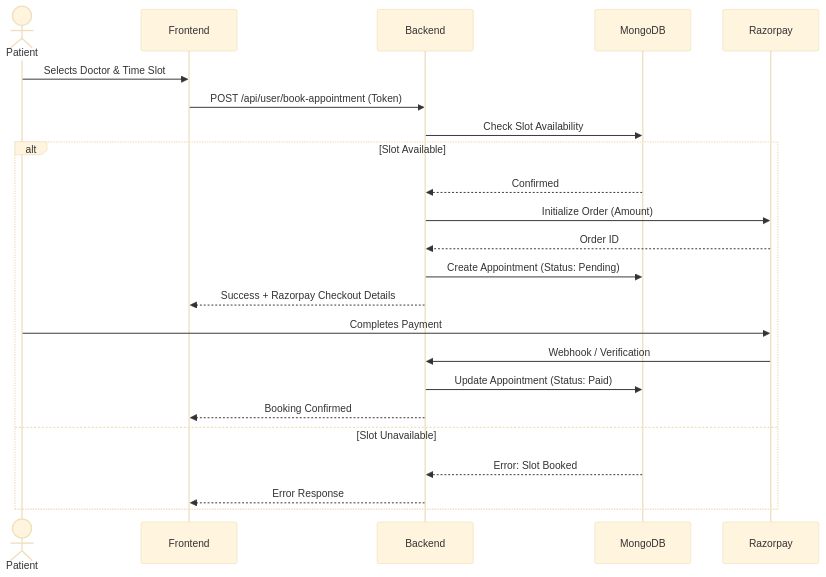
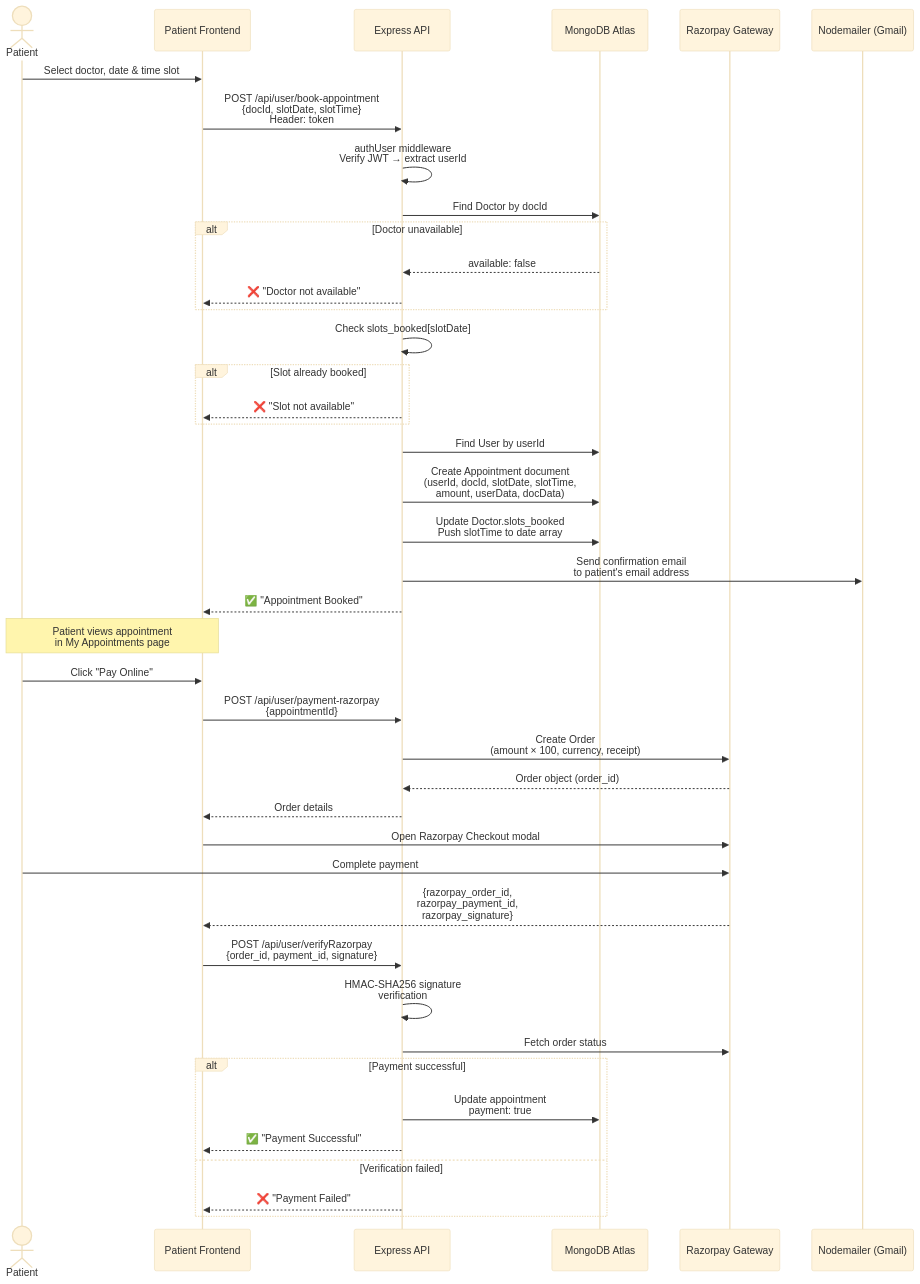
Before and after one commit to nzaman7878/Doctor-Appoinment-Booking-System-Using-MERN-stack: the third of 5 diagrams in README.md, drawn with Mermaid (base theme). The commit also changed other lines of this file, not shown here.

Commit message:
docs: overhaul README with comprehensive project details, updated feature lists, and refined architecture documentation

````diff
--- a/README.md
+++ b/README.md
@@ -113,26 +285,54 @@
 ```mermaid
 sequenceDiagram
     actor Patient
-    participant Frontend
-    participant Backend
-    participant MongoDB
-    participant Razorpay
+    participant Frontend as Patient Frontend
+    participant Backend as Express API
+    participant MongoDB as MongoDB Atlas
+    participant Razorpay as Razorpay Gateway
+    participant Email as Nodemailer (Gmail)
 
-    Patient->>Frontend: Selects Doctor & Time Slot
-    Frontend->>Backend: POST /api/user/book-appointment (Token)
-    Backend->>MongoDB: Check Slot Availability
-    alt Slot Available
-        MongoDB-->>Backend: Confirmed
-        Backend->>Razorpay: Initialize Order (Amount)
-        Razorpay-->>Backend: Order ID
-        Backend->>MongoDB: Create Appointment (Status: Pending)
-        Backend-->>Frontend: Success + Razorpay Checkout Details
-        Patient->>Razorpay: Completes Payment
-        Razorpay->>Backend: Webhook / Verification
-        Backend->>MongoDB: Update Appointment (Status: Paid)
-        Backend-->>Frontend: Booking Confirmed
-    else Slot Unavailable
-        MongoDB-->>Backend: Error: Slot Booked
-        Backend-->>Frontend: Error Response
+    Patient->>Frontend: Select doctor, date & time slot
+    Frontend->>Backend: POST /api/user/book-appointment<br/>{docId, slotDate, slotTime}<br/>Header: token
+
+    Backend->>Backend: authUser middleware<br/>Verify JWT → extract userId
+
+    Backend->>MongoDB: Find Doctor by docId
+    alt Doctor unavailable
+        MongoDB-->>Backend: available: false
+        Backend-->>Frontend: ❌ "Doctor not available"
+    end
+
+    Backend->>Backend: Check slots_booked[slotDate]
+    alt Slot already booked
+        Backend-->>Frontend: ❌ "Slot not available"
+    end
+
+    Backend->>MongoDB: Find User by userId
+    Backend->>MongoDB: Create Appointment document<br/>(userId, docId, slotDate, slotTime,<br/>amount, userData, docData)
+    Backend->>MongoDB: Update Doctor.slots_booked<br/>Push slotTime to date array
+
+    Backend->>Email: Send confirmation email<br/>to patient's email address
+    Backend-->>Frontend: ✅ "Appointment Booked"
+
+    Note over Patient, Frontend: Patient views appointment<br/>in My Appointments page
+
+    Patient->>Frontend: Click "Pay Online"
+    Frontend->>Backend: POST /api/user/payment-razorpay<br/>{appointmentId}
+    Backend->>Razorpay: Create Order<br/>(amount × 100, currency, receipt)
+    Razorpay-->>Backend: Order object (order_id)
+    Backend-->>Frontend: Order details
+
+    Frontend->>Razorpay: Open Razorpay Checkout modal
+    Patient->>Razorpay: Complete payment
+    Razorpay-->>Frontend: {razorpay_order_id,<br/>razorpay_payment_id,<br/>razorpay_signature}
+
+    Frontend->>Backend: POST /api/user/verifyRazorpay<br/>{order_id, payment_id, signature}
+    Backend->>Backend: HMAC-SHA256 signature<br/>verification
+    Backend->>Razorpay: Fetch order status
+    alt Payment successful
+        Backend->>MongoDB: Update appointment<br/>payment: true
+        Backend-->>Frontend: ✅ "Payment Successful"
+    else Verification failed
+        Backend-->>Frontend: ❌ "Payment Failed"
     end
 ```
````
